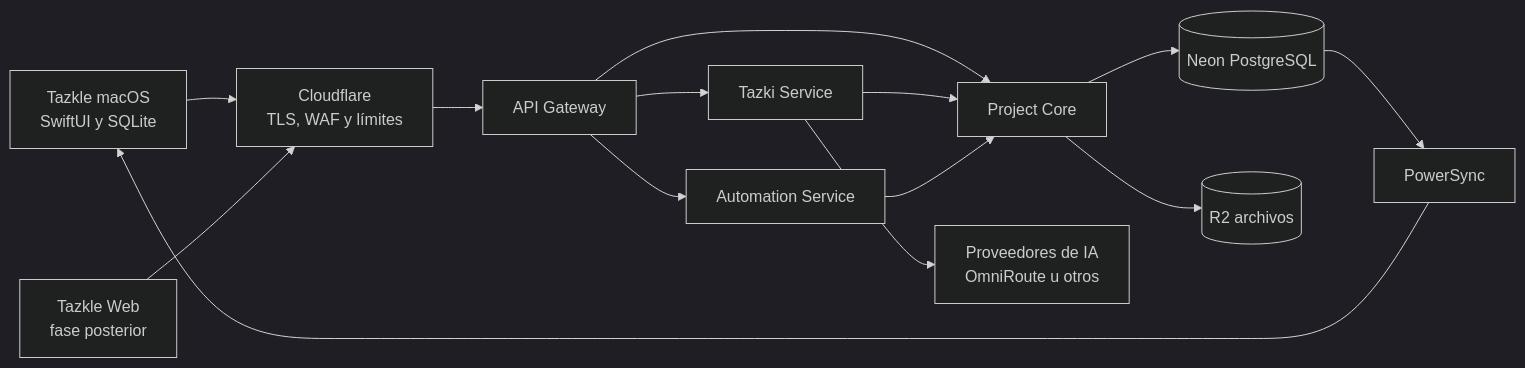
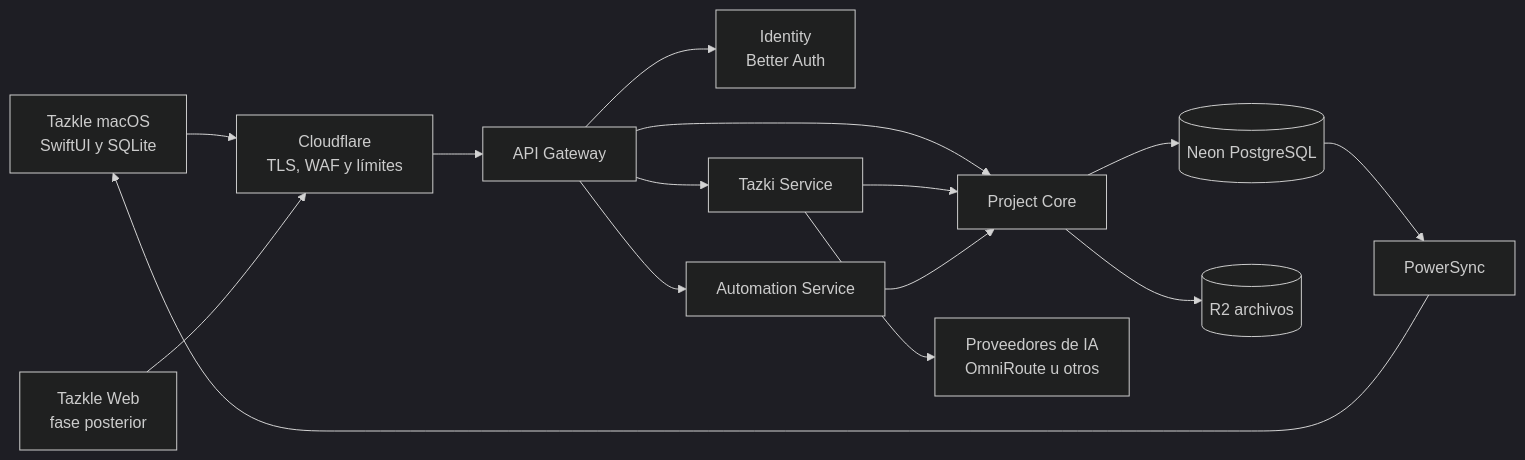
Before and after one commit to DARONcin/tazkle: the first of 2 diagrams in docs/architecture/system-overview.md, drawn with Mermaid (dark theme). The commit also changed other lines of this file and 160 other files, not shown here.

````diff
--- a/docs/architecture/system-overview.md
+++ b/docs/architecture/system-overview.md
@@ -5,28 +5,30 @@
 ```mermaid
 flowchart LR
     MAC["Tazkle macOS<br/>SwiftUI y SQLite"]
     WEB["Tazkle Web<br/>fase posterior"]
     EDGE["Cloudflare<br/>TLS, WAF y límites"]
     GW["API Gateway"]
+    ID["Identity<br/>Better Auth"]
     CORE["Project Core"]
     AI["Tazki Service"]
     AUTO["Automation Service"]
     PG[("Neon PostgreSQL")]
     SYNC["PowerSync"]
     FILES[("R2 archivos")]
     PROVIDERS["Proveedores de IA<br/>OmniRoute u otros"]
 
     MAC --> EDGE
     WEB --> EDGE
     EDGE --> GW
+    GW --> ID
     GW --> CORE
     GW --> AI
     GW --> AUTO
     CORE --> PG
     AI --> PROVIDERS
     AI --> CORE
     AUTO --> CORE
     CORE --> FILES
     PG --> SYNC
     SYNC --> MAC
 ```
````
